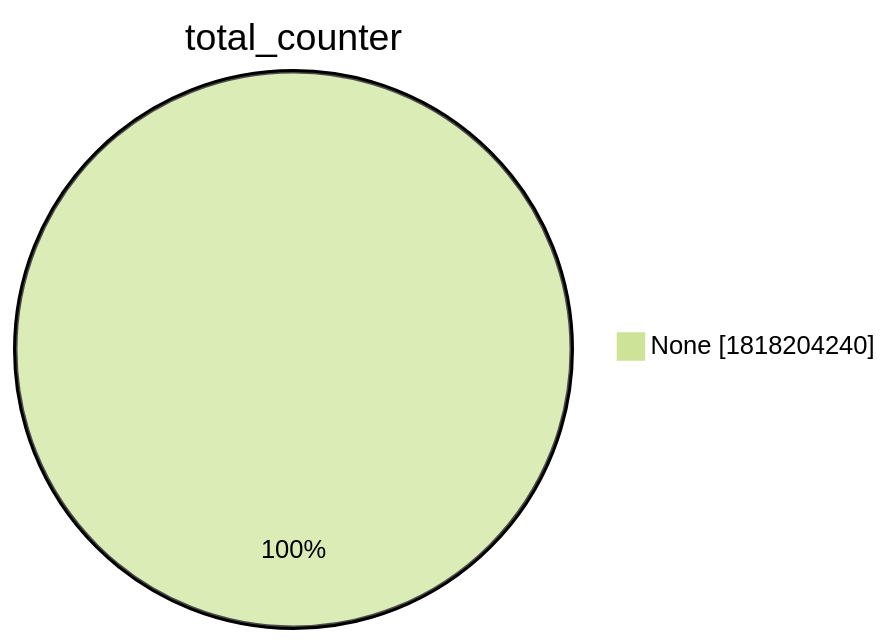
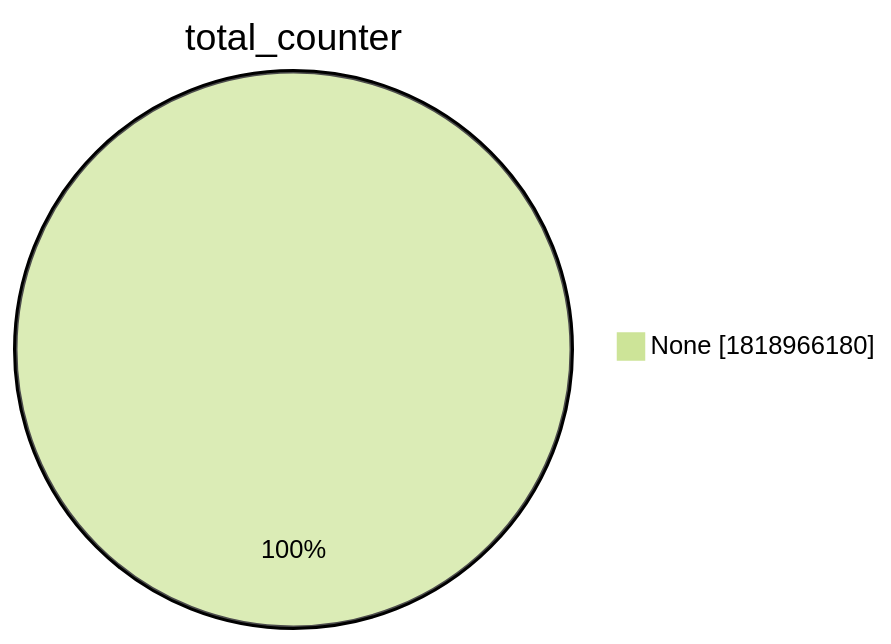
Before and after one commit to christiankrug/ctmonitor_visualization: the second of 15 diagrams in xenon2022/README.md, drawn with Mermaid (forest theme). The commit also changed other lines of this file, not shown here.

````diff
--- a/xenon2022/README.md
+++ b/xenon2022/README.md
@@ -9,5 +9,5 @@
 ```mermaid
 pie showData
 title total_counter
-"None" :1818204240
+"None" :1818966180
 ```
````
